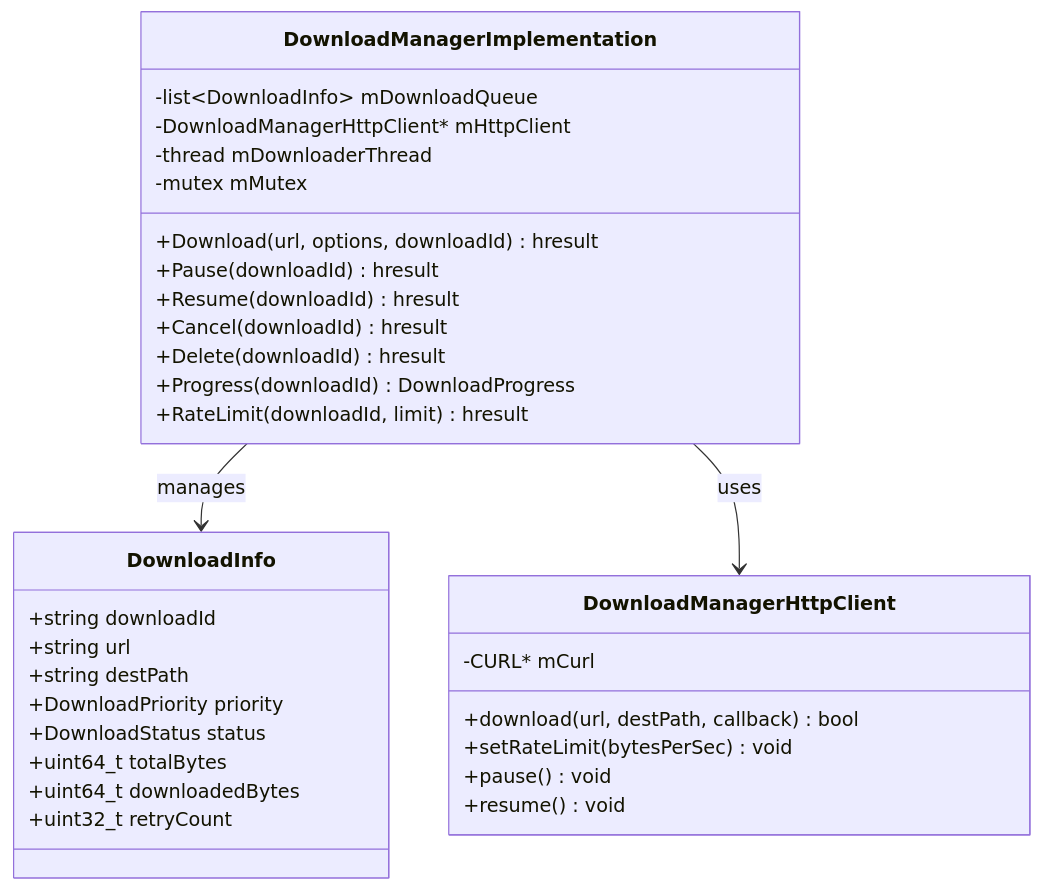
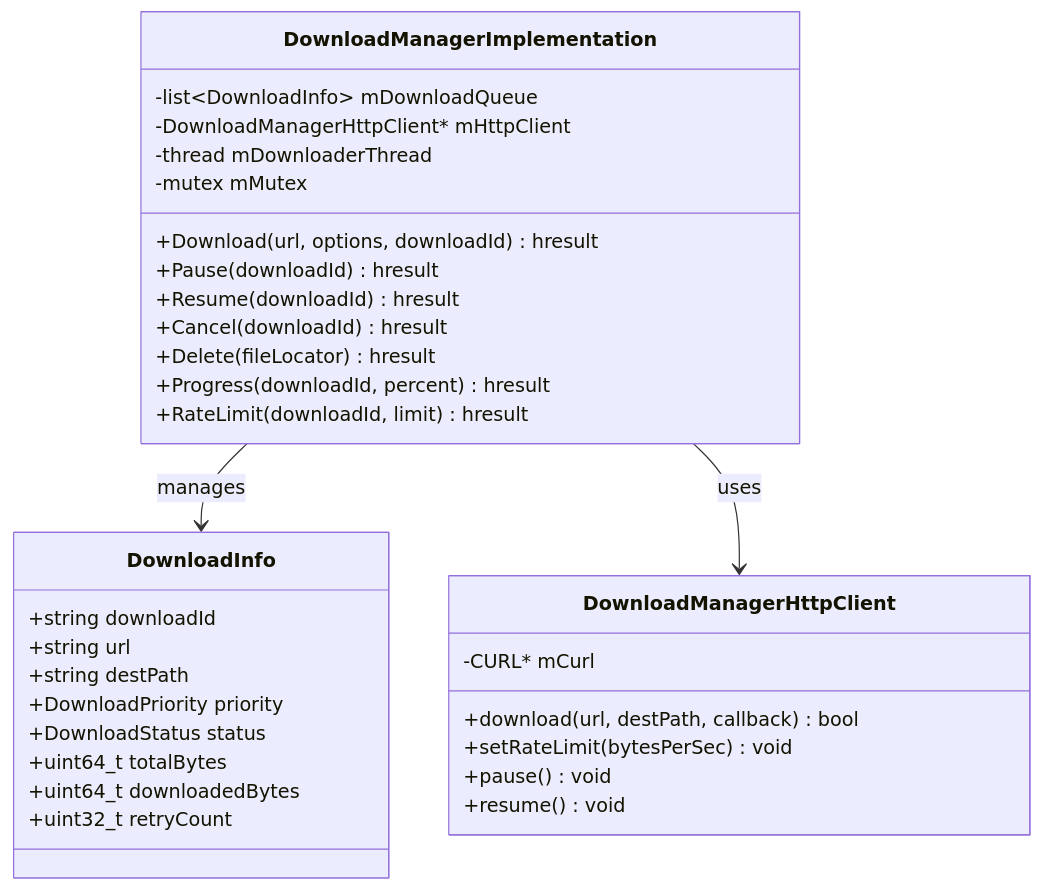
Before and after one commit to rdkcentral/entservices-appmanagers: the second of 3 diagrams in DownloadManager/DownloadManager.md, drawn with Mermaid.

````diff
--- a/DownloadManager/DownloadManager.md
+++ b/DownloadManager/DownloadManager.md
@@ -55,38 +55,38 @@
 ```mermaid
 classDiagram
     class DownloadManagerImplementation {
         -list~DownloadInfo~ mDownloadQueue
         -DownloadManagerHttpClient* mHttpClient
         -thread mDownloaderThread
         -mutex mMutex
         +Download(url, options, downloadId) hresult
         +Pause(downloadId) hresult
         +Resume(downloadId) hresult
         +Cancel(downloadId) hresult
-        +Delete(downloadId) hresult
-        +Progress(downloadId) DownloadProgress
+        +Delete(fileLocator) hresult
+        +Progress(downloadId, percent) hresult
         +RateLimit(downloadId, limit) hresult
     }
 
     class DownloadInfo {
         +string downloadId
         +string url
         +string destPath
         +DownloadPriority priority
         +DownloadStatus status
         +uint64_t totalBytes
         +uint64_t downloadedBytes
         +uint32_t retryCount
     }
 
     class DownloadManagerHttpClient {
         -CURL* mCurl
         +download(url, destPath, callback) bool
         +setRateLimit(bytesPerSec) void
         +pause() void
         +resume() void
     }
 
     DownloadManagerImplementation --> DownloadInfo: manages
     DownloadManagerImplementation --> DownloadManagerHttpClient: uses
 ```
````
